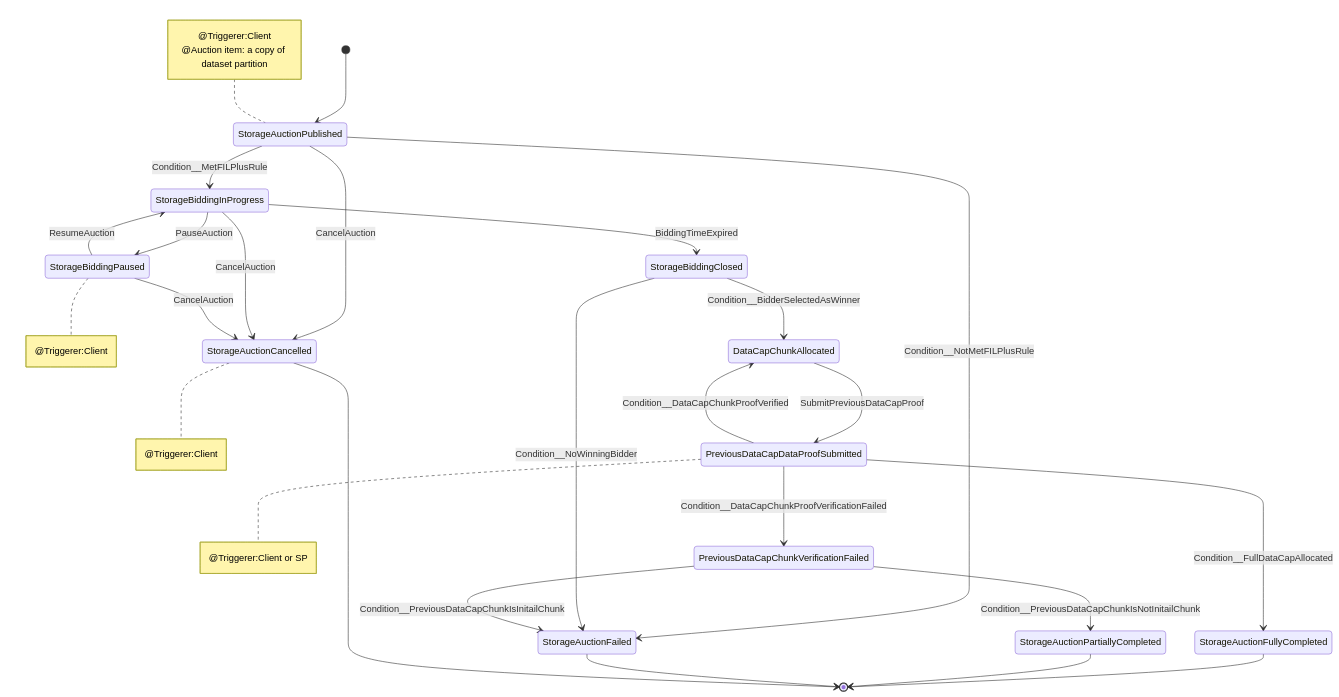
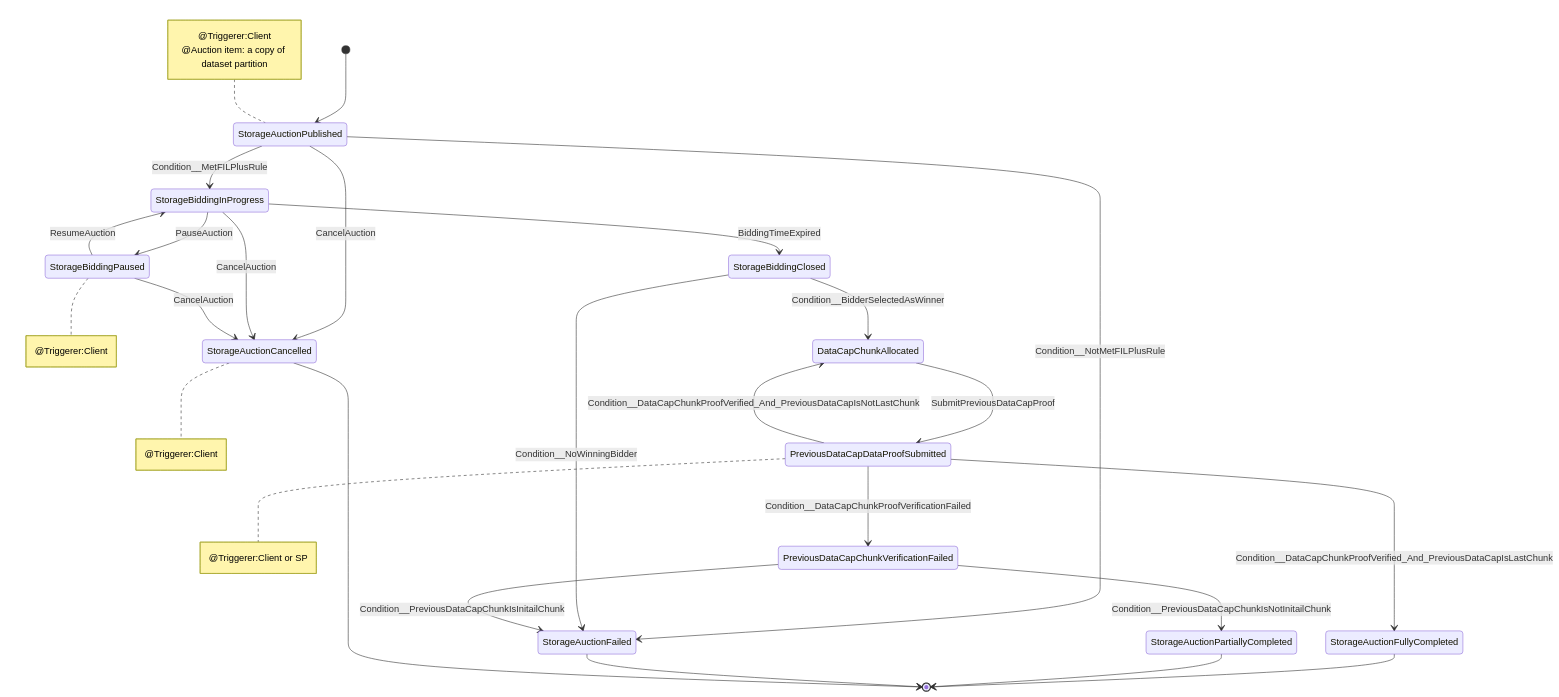
The second of 2 diagrams in systems/README.md (dataswap/specs), drawn with Mermaid before and after one commit.

Commit message:
update storage auction state

````diff
--- a/systems/README.md
+++ b/systems/README.md
@@ -142,39 +142,39 @@
 ```mermaid
 stateDiagram
     [*]                                     --> StorageAuctionPublished
     StorageAuctionPublished                 --> StorageBiddingInProgress:Condition__MetFILPlusRule
     StorageAuctionPublished                 --> StorageAuctionFailed:Condition__NotMetFILPlusRule
     StorageBiddingInProgress                --> StorageBiddingPaused:PauseAuction
     StorageBiddingPaused                    --> StorageBiddingInProgress:ResumeAuction
     StorageAuctionPublished                 --> StorageAuctionCancelled:CancelAuction
     StorageBiddingInProgress                --> StorageAuctionCancelled:CancelAuction
     StorageBiddingPaused                    --> StorageAuctionCancelled:CancelAuction
     StorageBiddingInProgress                --> StorageBiddingClosed:BiddingTimeExpired
     StorageBiddingClosed                    --> StorageAuctionFailed:Condition__NoWinningBidder
     StorageBiddingClosed                    --> DataCapChunkAllocated:Condition__BidderSelectedAsWinner
     DataCapChunkAllocated                   --> PreviousDataCapDataProofSubmitted:SubmitPreviousDataCapProof
     PreviousDataCapDataProofSubmitted       --> PreviousDataCapChunkVerificationFailed:Condition__DataCapChunkProofVerificationFailed
-    PreviousDataCapDataProofSubmitted       --> DataCapChunkAllocated:Condition__DataCapChunkProofVerified
-    PreviousDataCapDataProofSubmitted       --> StorageAuctionFullyCompleted:Condition__FullDataCapAllocated
+    PreviousDataCapDataProofSubmitted       --> DataCapChunkAllocated:Condition__DataCapChunkProofVerified_And_PreviousDataCapIsNotLastChunk
+    PreviousDataCapDataProofSubmitted       --> StorageAuctionFullyCompleted:Condition__DataCapChunkProofVerified_And_PreviousDataCapIsLastChunk
     PreviousDataCapChunkVerificationFailed  --> StorageAuctionFailed:Condition__PreviousDataCapChunkIsInitailChunk
     PreviousDataCapChunkVerificationFailed  --> StorageAuctionPartiallyCompleted:Condition__PreviousDataCapChunkIsNotInitailChunk
     StorageAuctionFullyCompleted            --> [*]
     StorageAuctionPartiallyCompleted        --> [*]
     StorageAuctionFailed                    --> [*]
     StorageAuctionCancelled                 --> [*] 
 
     note left of StorageAuctionPublished 
       @Triggerer:Client
       @Auction item: a copy of dataset partition
     end note
     note right of StorageBiddingPaused
       @Triggerer:Client
     end note
     note right of StorageAuctionCancelled 
       @Triggerer:Client
     end note
     note right of PreviousDataCapDataProofSubmitted
       @Triggerer:Client or SP
     end note
     
 ```
````
